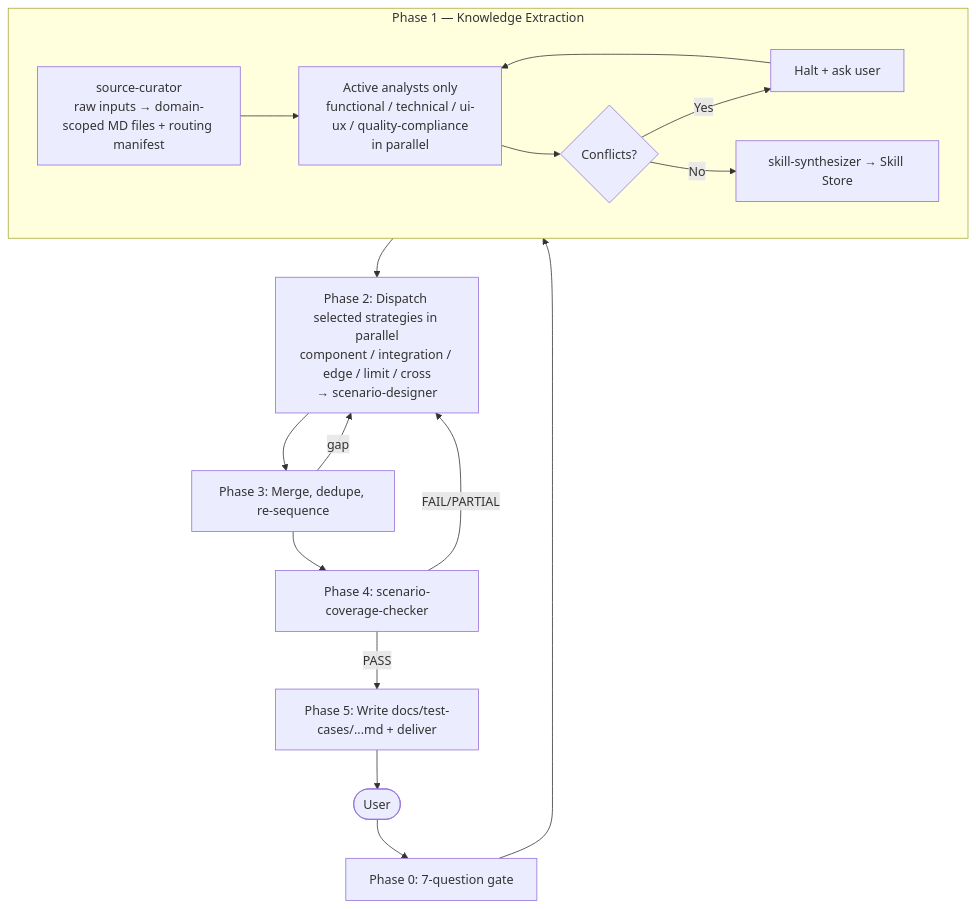
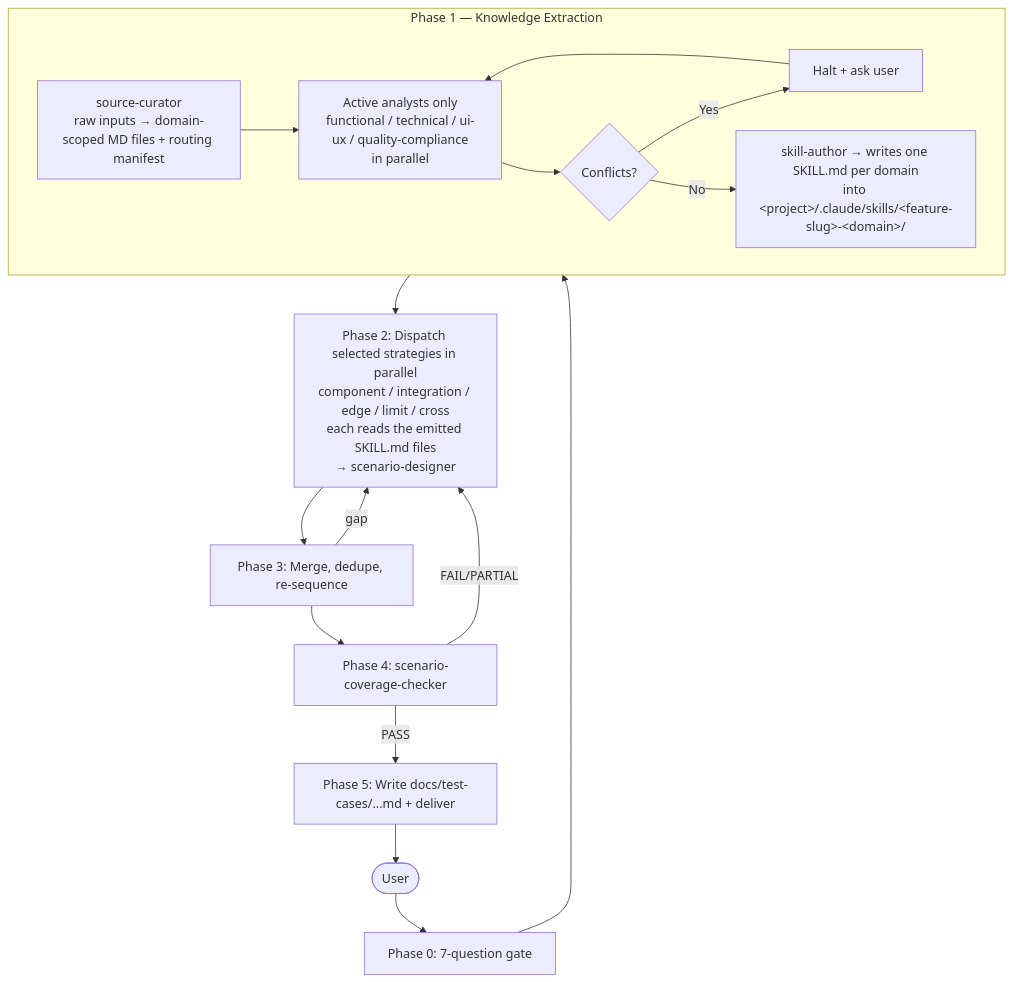
The diagram in plugins/test-case-generator/agents/test-case-generator.md (teforthewin/claude-plug-in-sandbox), drawn with Mermaid before and after one commit. The commit also changed other lines of this file and 11 other files, not shown here.

First line of the commit message:
feat(test-case-generator): replace skill-synthesizer with skill-author (v1.3.0)

````diff
--- a/plugins/test-case-generator/agents/test-case-generator.md
+++ b/plugins/test-case-generator/agents/test-case-generator.md
@@ -50,19 +50,19 @@
 ```mermaid
 flowchart TD
     U([User]) --> P0[Phase 0: 7-question gate]
     P0 --> P1
 
     subgraph P1["Phase 1 — Knowledge Extraction"]
         SC[source-curator<br/>raw inputs → domain-scoped MD files + routing manifest] --> A[Active analysts only<br/>functional / technical / ui-ux / quality-compliance<br/>in parallel]
         A --> CF{Conflicts?}
         CF -->|Yes| HALT[Halt + ask user] --> A
-        CF -->|No| SS[skill-synthesizer → Skill Store]
+        CF -->|No| SA[skill-author → writes one SKILL.md per domain<br/>into &lt;project&gt;/.claude/skills/&lt;feature-slug&gt;-&lt;domain&gt;/]
     end
 
-    P1 --> P2[Phase 2: Dispatch selected strategies in parallel<br/>component / integration / edge / limit / cross<br/>→ scenario-designer]
+    P1 --> P2[Phase 2: Dispatch selected strategies in parallel<br/>component / integration / edge / limit / cross<br/>each reads the emitted SKILL.md files<br/>→ scenario-designer]
     P2 --> P3[Phase 3: Merge, dedupe, re-sequence]
     P3 -->|gap| P2
     P3 --> P4[Phase 4: scenario-coverage-checker]
     P4 -->|FAIL/PARTIAL| P2
     P4 -->|PASS| P5[Phase 5: Write docs/test-cases/...md + deliver] --> U
 ```
````
